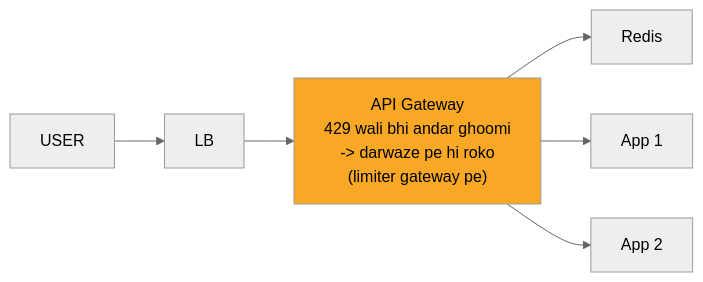
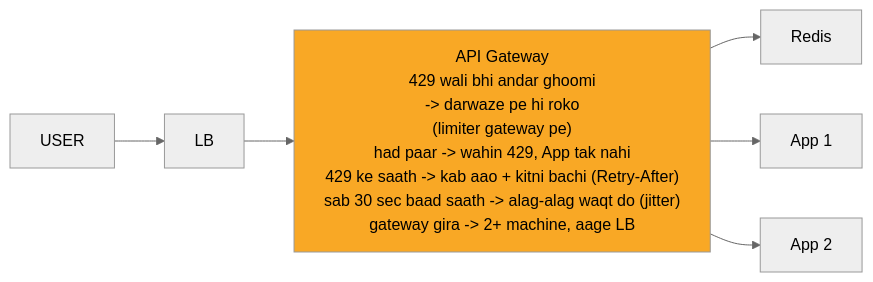
The fourth of 11 diagrams in 04_HLD/SYSTEM_DESIGNS/02_rate_limiter/02_rate_limiter.md (ArpanMaheshwari144/Prep), drawn with Mermaid (neutral theme) before and after one commit. The commit also changed other lines of this file and 12 other files, not shown here.

Commit message:
hld 02-14: peele dabbe me SAFAR ke mod + diagram chauda (wrappingWidth 450)

````diff
--- a/04_HLD/SYSTEM_DESIGNS/02_rate_limiter/02_rate_limiter.md
+++ b/04_HLD/SYSTEM_DESIGNS/02_rate_limiter/02_rate_limiter.md
@@ -186,15 +189,16 @@
 ```mermaid
+%%{init: {"flowchart": {"wrappingWidth": 450}}}%%
 flowchart LR
     n_USER["USER"]
     n_LB["LB"]
-    n_API_Gateway["API Gateway<br/>429 wali bhi andar ghoomi<br/>-> darwaze pe hi roko<br/>(limiter gateway pe)"]
+    n_API_Gateway["API Gateway<br/>429 wali bhi andar ghoomi<br/>-> darwaze pe hi roko<br/>(limiter gateway pe)<br/>had paar -> wahin 429, App tak nahi<br/>429 ke saath -> kab aao + kitni bachi (Retry-After)<br/>sab 30 sec baad saath -> alag-alag waqt do (jitter)<br/>gateway gira -> 2+ machine, aage LB"]
     n_Redis["Redis"]
     n_App_x_N_1["App 1"]
     n_App_x_N_2["App 2"]
     n_USER --> n_LB
     n_LB --> n_API_Gateway
     n_API_Gateway --> n_Redis
     n_API_Gateway --> n_App_x_N_1
     n_API_Gateway --> n_App_x_N_2
     style n_API_Gateway fill:#f9a825,color:#000
 ```
````
